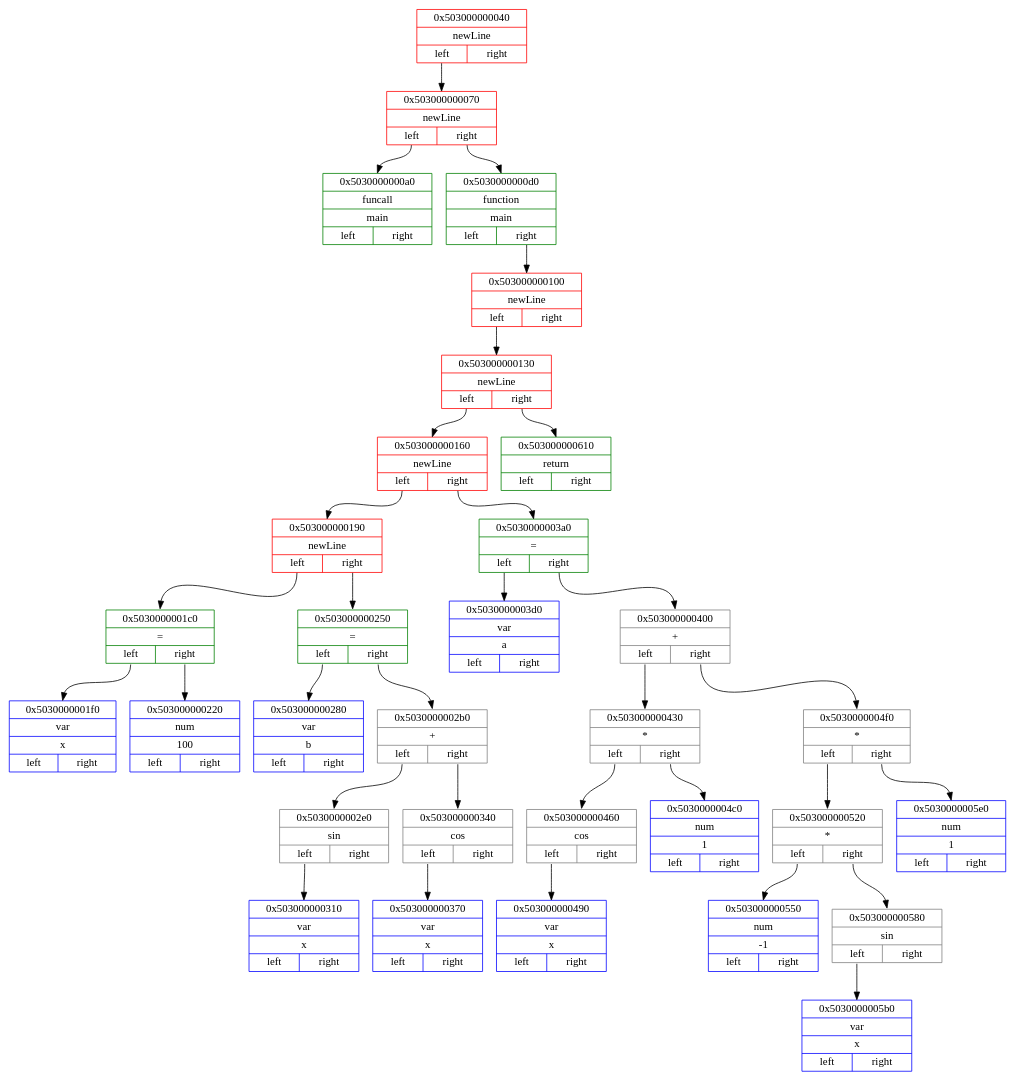
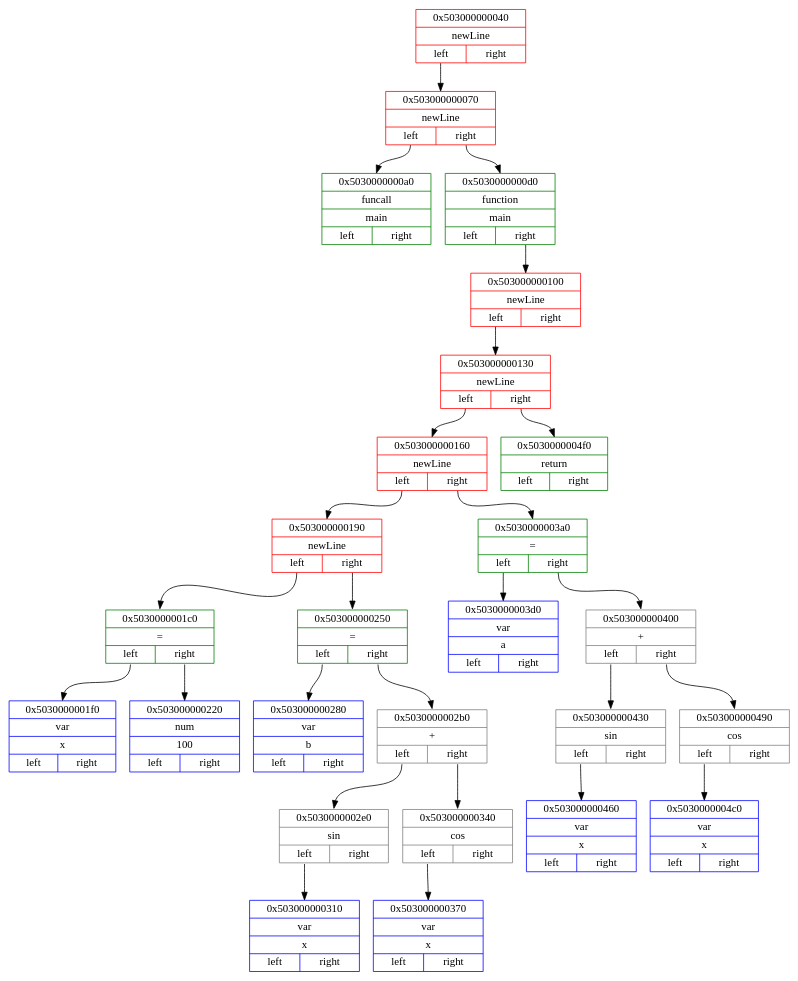
Before and after one commit to Matvey787/myProgLanguage: the diagram in dot_files/backendDotFile.dot, drawn with Graphviz. The commit also changed 13 other files, not shown here.

```diff
--- a/dot_files/backendDotFile.dot
+++ b/dot_files/backendDotFile.dot
@@ -1,68 +1,56 @@
 digraph
 { 
 rankdir=HR;
 
 node0x503000000040 [ shape=record, color = red rank = 1, label= "{ 0x503000000040 | newLine |         {<n0x503000000040_l> left | <n0x503000000040_r> right}} " ];
 node0x503000000070 [ shape=record, color = red rank = 2, label= "{ 0x503000000070 | newLine |         {<n0x503000000070_l> left | <n0x503000000070_r> right}} " ];
 node0x5030000000a0 [ shape=record, color = green rank = 3, label= "{ 0x5030000000a0 | funcall | main |         {<n0x5030000000a0_l> left | <n0x5030000000a0_r> right}} " ];
 node0x503000000070:<n0x503000000070_l>:s -> node0x5030000000a0:n [ color = black; ]
 node0x5030000000d0 [ shape=record, color = green rank = 4, label= "{ 0x5030000000d0 | function | main |         {<n0x5030000000d0_l> left | <n0x5030000000d0_r> right}} " ];
 node0x503000000100 [ shape=record, color = red rank = 5, label= "{ 0x503000000100 | newLine |         {<n0x503000000100_l> left | <n0x503000000100_r> right}} " ];
 node0x503000000130 [ shape=record, color = red rank = 6, label= "{ 0x503000000130 | newLine |         {<n0x503000000130_l> left | <n0x503000000130_r> right}} " ];
 node0x503000000160 [ shape=record, color = red rank = 7, label= "{ 0x503000000160 | newLine |         {<n0x503000000160_l> left | <n0x503000000160_r> right}} " ];
 node0x503000000190 [ shape=record, color = red rank = 8, label= "{ 0x503000000190 | newLine |         {<n0x503000000190_l> left | <n0x503000000190_r> right}} " ];
 node0x5030000001c0 [ shape=record, color = green rank = 9, label= "{ 0x5030000001c0 | = |         {<n0x5030000001c0_l> left | <n0x5030000001c0_r> right}} " ];
 node0x5030000001f0 [ shape=record, color = blue rank = 10, label= "{ 0x5030000001f0 | var | x |         {<n0x5030000001f0_l> left | <n0x5030000001f0_r> right}} " ];
 node0x5030000001c0:<n0x5030000001c0_l>:s -> node0x5030000001f0:n [ color = black; ]
 node0x503000000220 [ shape=record, color = blue rank = 11, label= "{ 0x503000000220 | num | 100 |         {<n0x503000000220_l> left | <n0x503000000220_r> right}} " ];
 node0x5030000001c0:<n0x5030000001c0_r>:s -> node0x503000000220:n [ color = black; ]
 node0x503000000190:<n0x503000000190_l>:s -> node0x5030000001c0:n [ color = black; ]
 node0x503000000250 [ shape=record, color = green rank = 10, label= "{ 0x503000000250 | = |         {<n0x503000000250_l> left | <n0x503000000250_r> right}} " ];
 node0x503000000280 [ shape=record, color = blue rank = 11, label= "{ 0x503000000280 | var | b |         {<n0x503000000280_l> left | <n0x503000000280_r> right}} " ];
 node0x503000000250:<n0x503000000250_l>:s -> node0x503000000280:n [ color = black; ]
 node0x5030000002b0 [ shape=record, color = grey rank = 12, label= "{ 0x5030000002b0 | + |         {<n0x5030000002b0_l> left | <n0x5030000002b0_r> right}} " ];
 node0x5030000002e0 [ shape=record, color = grey rank = 13, label= "{ 0x5030000002e0 | sin |         {<n0x5030000002e0_l> left | <n0x5030000002e0_r> right}} " ];
 node0x503000000310 [ shape=record, color = blue rank = 14, label= "{ 0x503000000310 | var | x |         {<n0x503000000310_l> left | <n0x503000000310_r> right}} " ];
 node0x5030000002e0:<n0x5030000002e0_l>:s -> node0x503000000310:n [ color = black; ]
 node0x5030000002b0:<n0x5030000002b0_l>:s -> node0x5030000002e0:n [ color = black; ]
 node0x503000000340 [ shape=record, color = grey rank = 14, label= "{ 0x503000000340 | cos |         {<n0x503000000340_l> left | <n0x503000000340_r> right}} " ];
 node0x503000000370 [ shape=record, color = blue rank = 15, label= "{ 0x503000000370 | var | x |         {<n0x503000000370_l> left | <n0x503000000370_r> right}} " ];
 node0x503000000340:<n0x503000000340_l>:s -> node0x503000000370:n [ color = black; ]
 node0x5030000002b0:<n0x5030000002b0_r>:s -> node0x503000000340:n [ color = black; ]
 node0x503000000250:<n0x503000000250_r>:s -> node0x5030000002b0:n [ color = black; ]
 node0x503000000190:<n0x503000000190_r>:s -> node0x503000000250:n [ color = black; ]
 node0x503000000160:<n0x503000000160_l>:s -> node0x503000000190:n [ color = black; ]
 node0x5030000003a0 [ shape=record, color = green rank = 9, label= "{ 0x5030000003a0 | = |         {<n0x5030000003a0_l> left | <n0x5030000003a0_r> right}} " ];
 node0x5030000003d0 [ shape=record, color = blue rank = 10, label= "{ 0x5030000003d0 | var | a |         {<n0x5030000003d0_l> left | <n0x5030000003d0_r> right}} " ];
 node0x5030000003a0:<n0x5030000003a0_l>:s -> node0x5030000003d0:n [ color = black; ]
 node0x503000000400 [ shape=record, color = grey rank = 11, label= "{ 0x503000000400 | + |         {<n0x503000000400_l> left | <n0x503000000400_r> right}} " ];
-node0x503000000430 [ shape=record, color = grey rank = 12, label= "{ 0x503000000430 | * |         {<n0x503000000430_l> left | <n0x503000000430_r> right}} " ];
-node0x503000000460 [ shape=record, color = grey rank = 13, label= "{ 0x503000000460 | cos |         {<n0x503000000460_l> left | <n0x503000000460_r> right}} " ];
-node0x503000000490 [ shape=record, color = blue rank = 14, label= "{ 0x503000000490 | var | x |         {<n0x503000000490_l> left | <n0x503000000490_r> right}} " ];
-node0x503000000460:<n0x503000000460_l>:s -> node0x503000000490:n [ color = black; ]
+node0x503000000430 [ shape=record, color = grey rank = 12, label= "{ 0x503000000430 | sin |         {<n0x503000000430_l> left | <n0x503000000430_r> right}} " ];
+node0x503000000460 [ shape=record, color = blue rank = 13, label= "{ 0x503000000460 | var | x |         {<n0x503000000460_l> left | <n0x503000000460_r> right}} " ];
 node0x503000000430:<n0x503000000430_l>:s -> node0x503000000460:n [ color = black; ]
-node0x5030000004c0 [ shape=record, color = blue rank = 14, label= "{ 0x5030000004c0 | num | 1 |         {<n0x5030000004c0_l> left | <n0x5030000004c0_r> right}} " ];
-node0x503000000430:<n0x503000000430_r>:s -> node0x5030000004c0:n [ color = black; ]
 node0x503000000400:<n0x503000000400_l>:s -> node0x503000000430:n [ color = black; ]
-node0x5030000004f0 [ shape=record, color = grey rank = 13, label= "{ 0x5030000004f0 | * |         {<n0x5030000004f0_l> left | <n0x5030000004f0_r> right}} " ];
-node0x503000000520 [ shape=record, color = grey rank = 14, label= "{ 0x503000000520 | * |         {<n0x503000000520_l> left | <n0x503000000520_r> right}} " ];
-node0x503000000550 [ shape=record, color = blue rank = 15, label= "{ 0x503000000550 | num | -1 |         {<n0x503000000550_l> left | <n0x503000000550_r> right}} " ];
-node0x503000000520:<n0x503000000520_l>:s -> node0x503000000550:n [ color = black; ]
-node0x503000000580 [ shape=record, color = grey rank = 16, label= "{ 0x503000000580 | sin |         {<n0x503000000580_l> left | <n0x503000000580_r> right}} " ];
-node0x5030000005b0 [ shape=record, color = blue rank = 17, label= "{ 0x5030000005b0 | var | x |         {<n0x5030000005b0_l> left | <n0x5030000005b0_r> right}} " ];
-node0x503000000580:<n0x503000000580_l>:s -> node0x5030000005b0:n [ color = black; ]
-node0x503000000520:<n0x503000000520_r>:s -> node0x503000000580:n [ color = black; ]
-node0x5030000004f0:<n0x5030000004f0_l>:s -> node0x503000000520:n [ color = black; ]
-node0x5030000005e0 [ shape=record, color = blue rank = 15, label= "{ 0x5030000005e0 | num | 1 |         {<n0x5030000005e0_l> left | <n0x5030000005e0_r> right}} " ];
-node0x5030000004f0:<n0x5030000004f0_r>:s -> node0x5030000005e0:n [ color = black; ]
-node0x503000000400:<n0x503000000400_r>:s -> node0x5030000004f0:n [ color = black; ]
+node0x503000000490 [ shape=record, color = grey rank = 13, label= "{ 0x503000000490 | cos |         {<n0x503000000490_l> left | <n0x503000000490_r> right}} " ];
+node0x5030000004c0 [ shape=record, color = blue rank = 14, label= "{ 0x5030000004c0 | var | x |         {<n0x5030000004c0_l> left | <n0x5030000004c0_r> right}} " ];
+node0x503000000490:<n0x503000000490_l>:s -> node0x5030000004c0:n [ color = black; ]
+node0x503000000400:<n0x503000000400_r>:s -> node0x503000000490:n [ color = black; ]
 node0x5030000003a0:<n0x5030000003a0_r>:s -> node0x503000000400:n [ color = black; ]
 node0x503000000160:<n0x503000000160_r>:s -> node0x5030000003a0:n [ color = black; ]
 node0x503000000130:<n0x503000000130_l>:s -> node0x503000000160:n [ color = black; ]
-node0x503000000610 [ shape=record, color = green rank = 8, label= "{ 0x503000000610 | return |         {<n0x503000000610_l> left | <n0x503000000610_r> right}} " ];
-node0x503000000130:<n0x503000000130_r>:s -> node0x503000000610:n [ color = black; ]
+node0x5030000004f0 [ shape=record, color = green rank = 8, label= "{ 0x5030000004f0 | return |         {<n0x5030000004f0_l> left | <n0x5030000004f0_r> right}} " ];
+node0x503000000130:<n0x503000000130_r>:s -> node0x5030000004f0:n [ color = black; ]
 node0x503000000100:<n0x503000000100_l>:s -> node0x503000000130:n [ color = black; ]
 node0x5030000000d0:<n0x5030000000d0_r>:s -> node0x503000000100:n [ color = black; ]
 node0x503000000070:<n0x503000000070_r>:s -> node0x5030000000d0:n [ color = black; ]
 node0x503000000040:<n0x503000000040_l>:s -> node0x503000000070:n [ color = black; ]
 }
```
